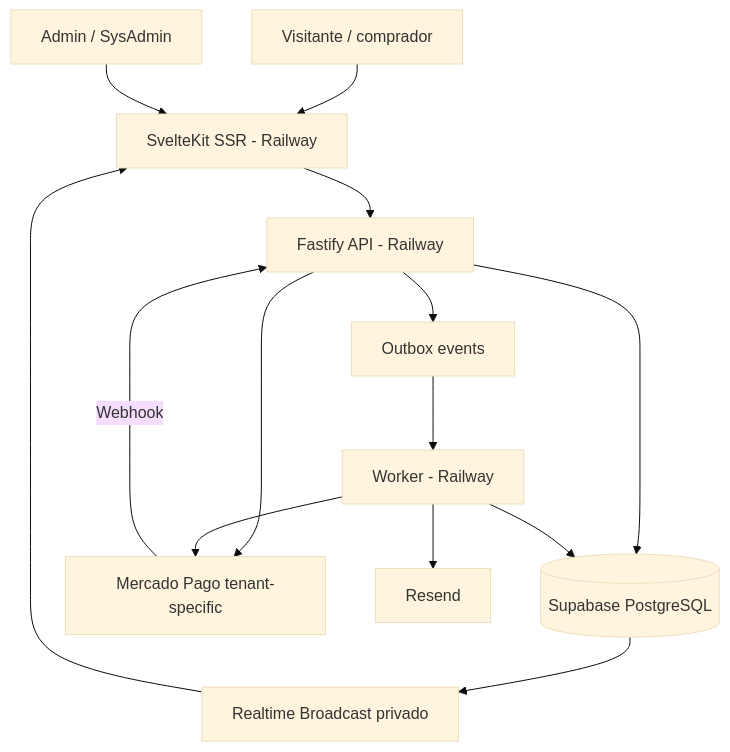
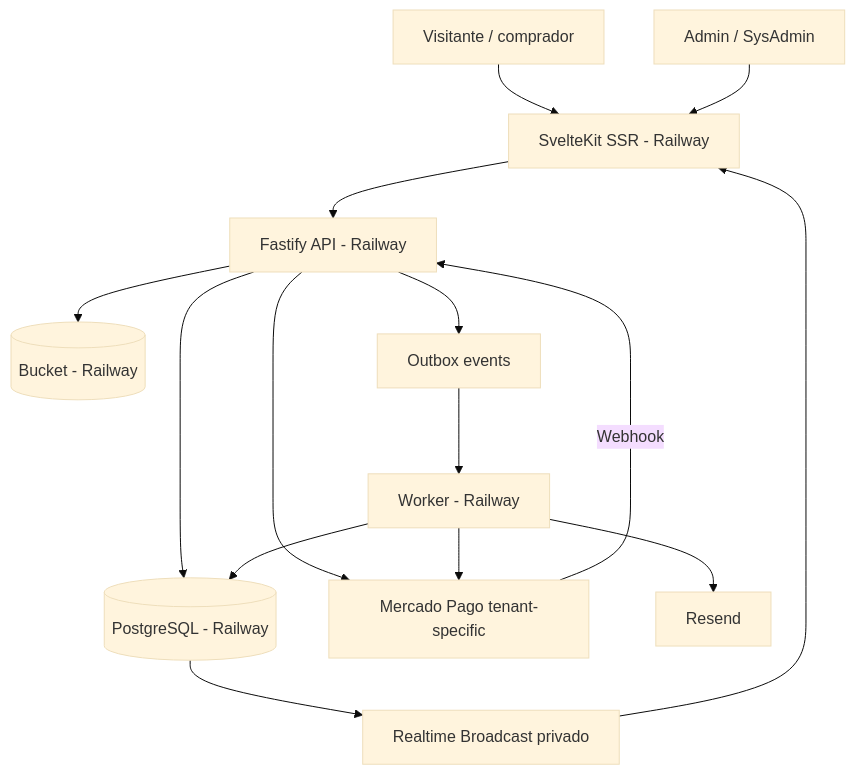
One commit to montesgp/sortea changed the diagram in docs/spec/ARCHITECTURE.md. Above: the diagram before and after it, drawn with Mermaid (base theme). The commit also changed other lines of this file and 4 other files, not shown here.

````diff
--- a/docs/spec/ARCHITECTURE.md
+++ b/docs/spec/ARCHITECTURE.md
@@ -4,16 +4,17 @@
 ```mermaid
 flowchart TD
   U[Visitante / comprador] --> W[SvelteKit SSR - Railway]
   A[Admin / SysAdmin] --> W
   W --> API[Fastify API - Railway]
-  API --> DB[(Supabase PostgreSQL)]
+  API --> DB[(PostgreSQL - Railway)]
+  API --> S3[(Bucket - Railway)]
   API --> MP[Mercado Pago tenant-specific]
   MP -->|Webhook| API
   API --> OUT[Outbox events]
   OUT --> WK[Worker - Railway]
   WK --> DB
   WK --> EMAIL[Resend]
   WK --> MP
   DB --> RT[Realtime Broadcast privado]
   RT --> W
 ```
````
